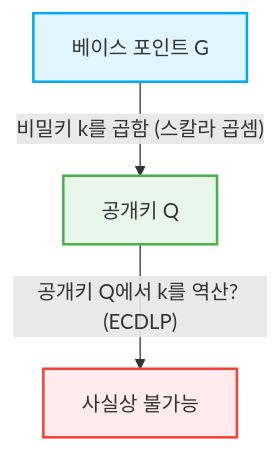
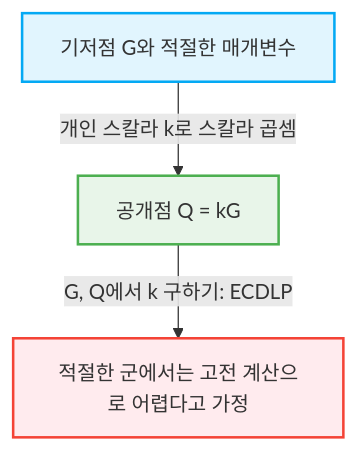
The second of 2 diagrams in content/post/public-key-cryptography-rsa-ecc/index.ko.md (kenjinote/blog), drawn with Mermaid before and after one commit. The commit also changed other lines of this file and 5 other files, not shown here.

````diff
--- a/content/post/public-key-cryptography-rsa-ecc/index.ko.md
+++ b/content/post/public-key-cryptography-rsa-ecc/index.ko.md
@@ -124,8 +165,8 @@
 ```mermaid
 graph TD
-    A["베이스 포인트 G"] -->|"비밀키 k를 곱함 (스칼라 곱셈)"| B["공개키 Q"]
-    B -->|"공개키 Q에서 k를 역산? (ECDLP)"| C["사실상 불가능"]
+    A["기저점 G와 적절한 매개변수"] -->|"개인 스칼라 k로 스칼라 곱셈"| B["공개점 Q = kG"]
+    B -->|"G, Q에서 k 구하기: ECDLP"| C["적절한 군에서는 고전 계산으로 어렵다고 가정"]
     style A fill:#e1f5fe,stroke:#03a9f4,stroke-width:2px
     style B fill:#e8f5e9,stroke:#4caf50,stroke-width:2px
     style C fill:#ffebee,stroke:#f44336,stroke-width:2px
 ```
````
